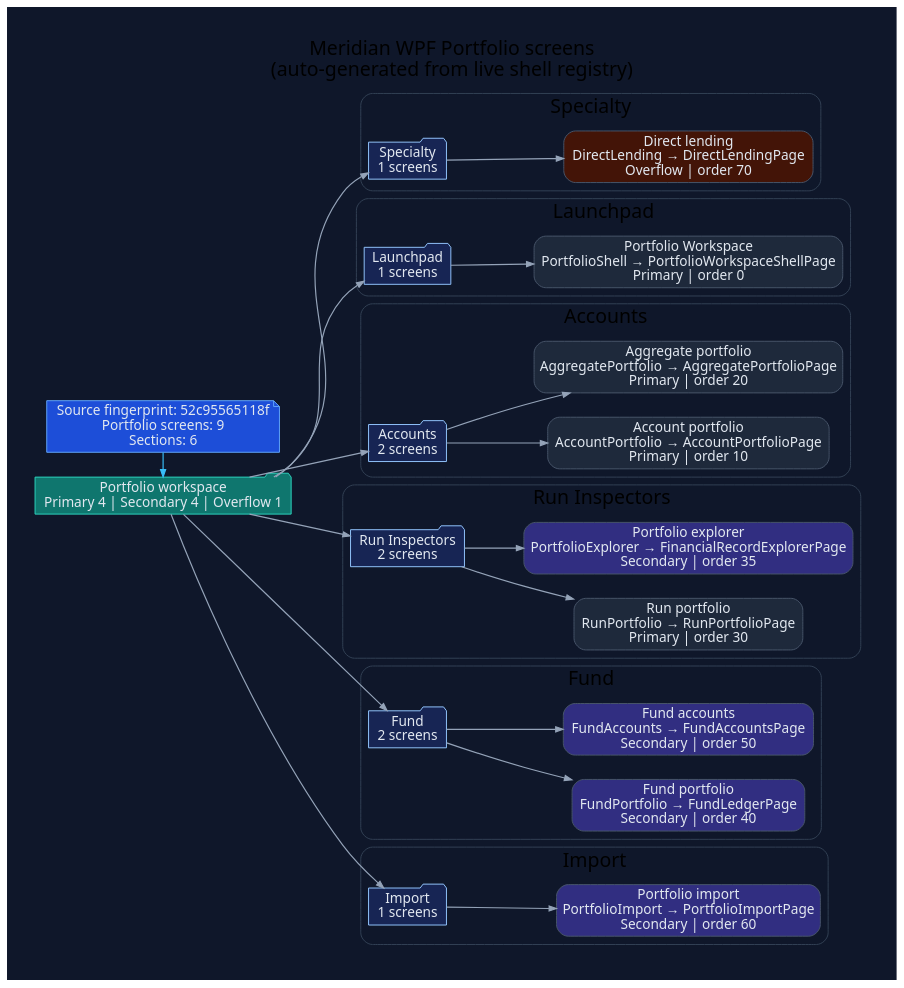
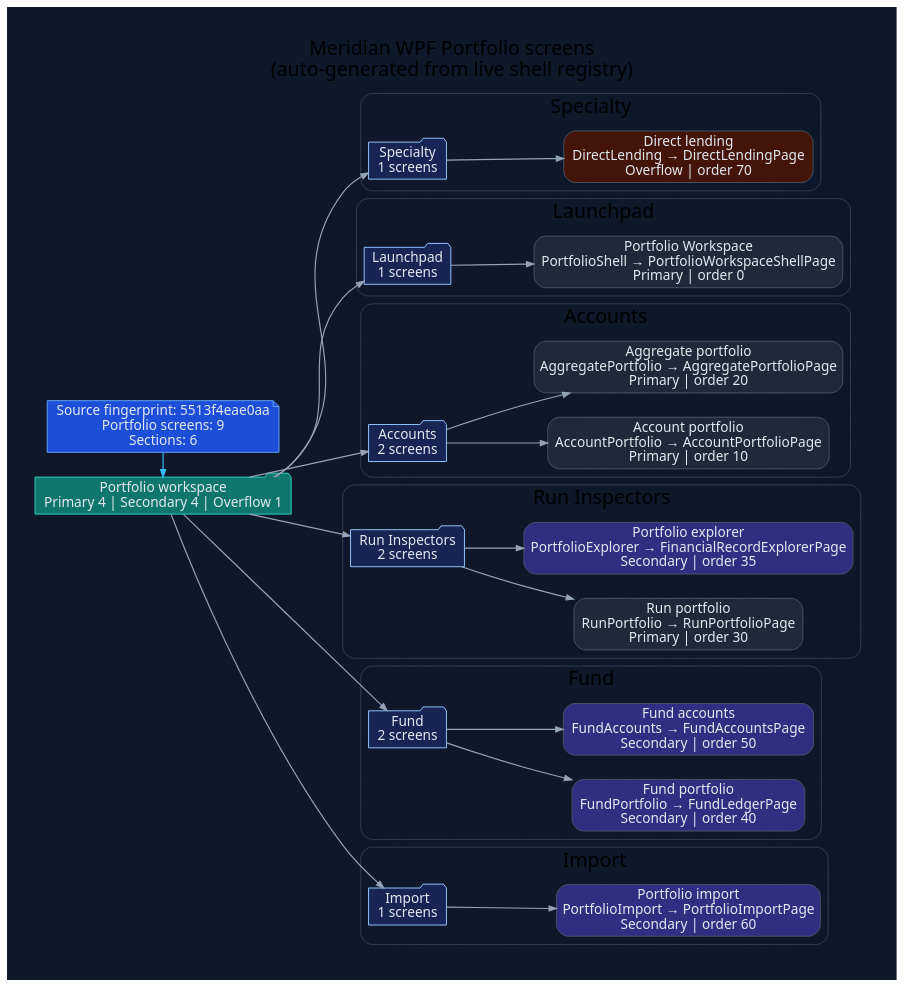
One commit to rodoHasArrived/Meridian-main changed the diagram in docs/diagrams/ui-wpf-screens-portfolio.dot. Above: the diagram before and after it, drawn with Graphviz. The commit also changed 380 other files, not shown here.

```diff
--- a/docs/diagrams/ui-wpf-screens-portfolio.dot
+++ b/docs/diagrams/ui-wpf-screens-portfolio.dot
@@ -1,92 +1,92 @@
 // -----------------------------------------------------------------------------
 // <auto-generated>
 // Generated by scripts/generate-diagrams.mjs.
 // Do not edit this file directly; update the WPF source files instead.
 // -----------------------------------------------------------------------------
 digraph WpfPortfolioScreens {
   graph [
     rankdir=LR,
     labelloc=t,
     label="Meridian WPF Portfolio screens\n(auto-generated from live shell registry)",
     fontname="Segoe UI",
     fontsize=20,
     pad=0.4,
     nodesep=0.35,
     ranksep=0.85,
     bgcolor="#0f172a"
   ];
   node [fontname="Segoe UI", shape=box, style="rounded,filled", color="#475569", fontcolor="#e2e8f0", fillcolor="#1e293b"];
   edge [fontname="Segoe UI", color="#94a3b8", penwidth=1.2, arrowsize=0.75];
 
-  generated [shape=note, fillcolor="#1d4ed8", color="#60a5fa", label="Source fingerprint: 52c95565118f\nPortfolio screens: 9\nSections: 6"];
+  generated [shape=note, fillcolor="#1d4ed8", color="#60a5fa", label="Source fingerprint: 5513f4eae0aa\nPortfolio screens: 9\nSections: 6"];
   workspace [shape=folder, fillcolor="#0f766e", color="#2dd4bf", label="Portfolio workspace\nPrimary 4 | Secondary 4 | Overflow 1"];
   generated -> workspace [color="#38bdf8"];
 
   subgraph cluster_section_1 {
     label="Specialty";
     color="#334155";
     style="rounded";
     section_1 [shape=folder, fillcolor="#172554", color="#93c5fd", label="Specialty\n1 screens"];
     workspace -> section_1;
     screen_DirectLending [fillcolor="#431407", label="Direct lending\nDirectLending → DirectLendingPage\nOverflow | order 70"];
     section_1 -> screen_DirectLending;
   }
 
   subgraph cluster_section_2 {
     label="Launchpad";
     color="#334155";
     style="rounded";
     section_2 [shape=folder, fillcolor="#172554", color="#93c5fd", label="Launchpad\n1 screens"];
     workspace -> section_2;
     screen_PortfolioShell [fillcolor="#1e293b", label="Portfolio Workspace\nPortfolioShell → PortfolioWorkspaceShellPage\nPrimary | order 0"];
     section_2 -> screen_PortfolioShell;
   }
 
   subgraph cluster_section_3 {
     label="Accounts";
     color="#334155";
     style="rounded";
     section_3 [shape=folder, fillcolor="#172554", color="#93c5fd", label="Accounts\n2 screens"];
     workspace -> section_3;
     screen_AccountPortfolio [fillcolor="#1e293b", label="Account portfolio\nAccountPortfolio → AccountPortfolioPage\nPrimary | order 10"];
     section_3 -> screen_AccountPortfolio;
     screen_AggregatePortfolio [fillcolor="#1e293b", label="Aggregate portfolio\nAggregatePortfolio → AggregatePortfolioPage\nPrimary | order 20"];
     section_3 -> screen_AggregatePortfolio;
   }
 
   subgraph cluster_section_4 {
     label="Run Inspectors";
     color="#334155";
     style="rounded";
     section_4 [shape=folder, fillcolor="#172554", color="#93c5fd", label="Run Inspectors\n2 screens"];
     workspace -> section_4;
     screen_RunPortfolio [fillcolor="#1e293b", label="Run portfolio\nRunPortfolio → RunPortfolioPage\nPrimary | order 30"];
     section_4 -> screen_RunPortfolio;
     screen_PortfolioExplorer [fillcolor="#312e81", label="Portfolio explorer\nPortfolioExplorer → FinancialRecordExplorerPage\nSecondary | order 35"];
     section_4 -> screen_PortfolioExplorer;
   }
 
   subgraph cluster_section_5 {
     label="Fund";
     color="#334155";
     style="rounded";
     section_5 [shape=folder, fillcolor="#172554", color="#93c5fd", label="Fund\n2 screens"];
     workspace -> section_5;
     screen_FundPortfolio [fillcolor="#312e81", label="Fund portfolio\nFundPortfolio → FundLedgerPage\nSecondary | order 40"];
     section_5 -> screen_FundPortfolio;
     screen_FundAccounts [fillcolor="#312e81", label="Fund accounts\nFundAccounts → FundAccountsPage\nSecondary | order 50"];
     section_5 -> screen_FundAccounts;
   }
 
   subgraph cluster_section_6 {
     label="Import";
     color="#334155";
     style="rounded";
     section_6 [shape=folder, fillcolor="#172554", color="#93c5fd", label="Import\n1 screens"];
     workspace -> section_6;
     screen_PortfolioImport [fillcolor="#312e81", label="Portfolio import\nPortfolioImport → PortfolioImportPage\nSecondary | order 60"];
     section_6 -> screen_PortfolioImport;
   }
 
   { rank=min; generated; workspace; }
 }
```
